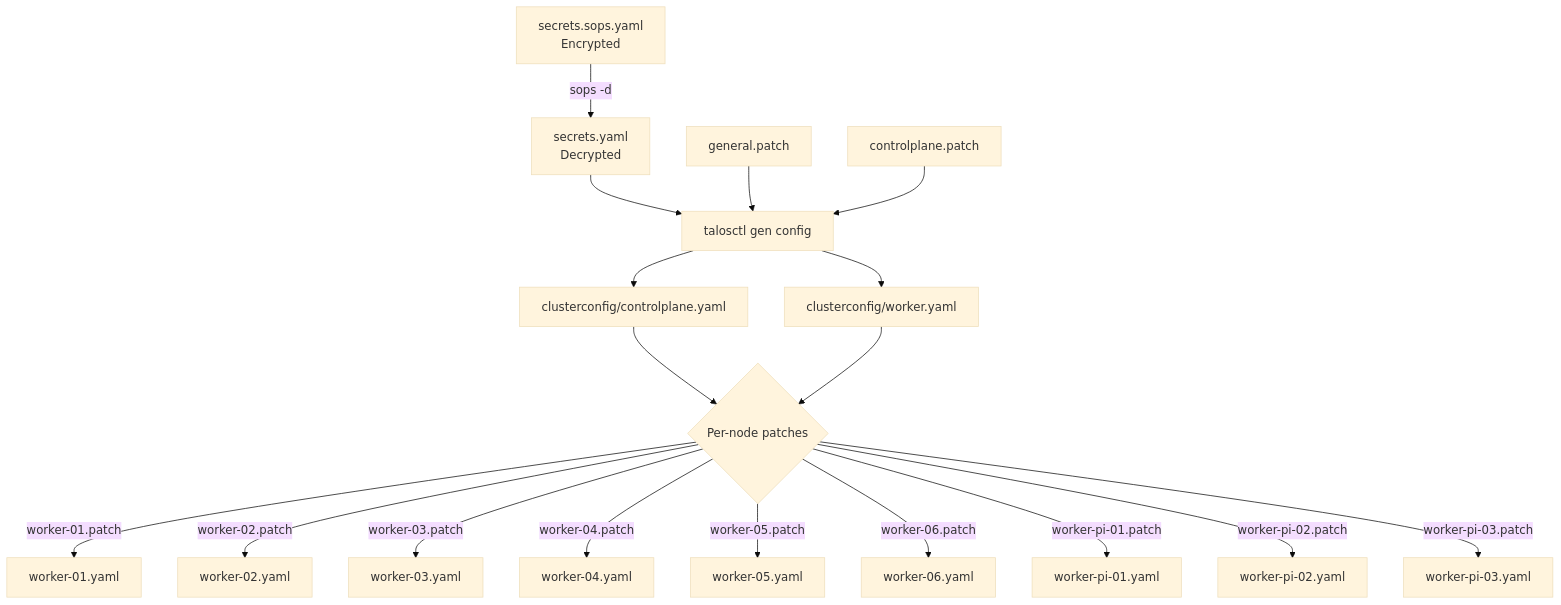
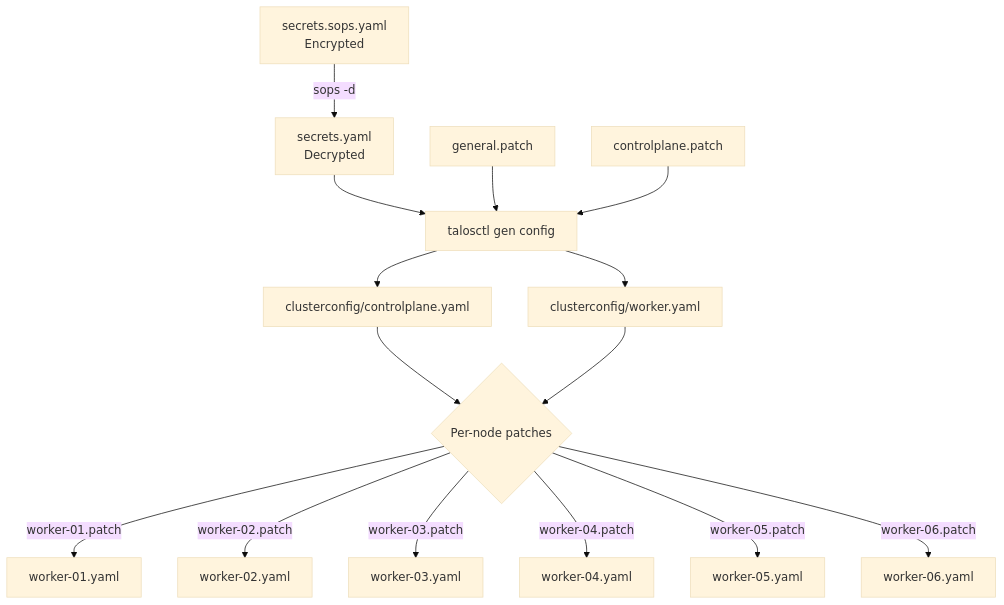
Before and after one commit to swibrow/home-ops: the second of 2 diagrams in docs/infrastructure/talos-linux.md, drawn with Mermaid (base theme). The commit also changed other lines of this file and 15 other files, not shown here.

````diff
--- a/docs/infrastructure/talos-linux.md
+++ b/docs/infrastructure/talos-linux.md
@@ -112,22 +89,19 @@
 ```mermaid
 flowchart TD
     A[secrets.sops.yaml<br/>Encrypted] -->|sops -d| B[secrets.yaml<br/>Decrypted]
     B --> C[talosctl gen config]
     D[general.patch] --> C
     E[controlplane.patch] --> C
     C --> F[clusterconfig/controlplane.yaml]
     C --> G[clusterconfig/worker.yaml]
 
     F --> H{Per-node patches}
     G --> H
 
     H -->|worker-01.patch| I[worker-01.yaml]
     H -->|worker-02.patch| J[worker-02.yaml]
     H -->|worker-03.patch| K[worker-03.yaml]
     H -->|worker-04.patch| L[worker-04.yaml]
     H -->|worker-05.patch| M[worker-05.yaml]
     H -->|worker-06.patch| N[worker-06.yaml]
-    H -->|worker-pi-01.patch| O[worker-pi-01.yaml]
-    H -->|worker-pi-02.patch| P[worker-pi-02.yaml]
-    H -->|worker-pi-03.patch| Q[worker-pi-03.yaml]
 ```
````
